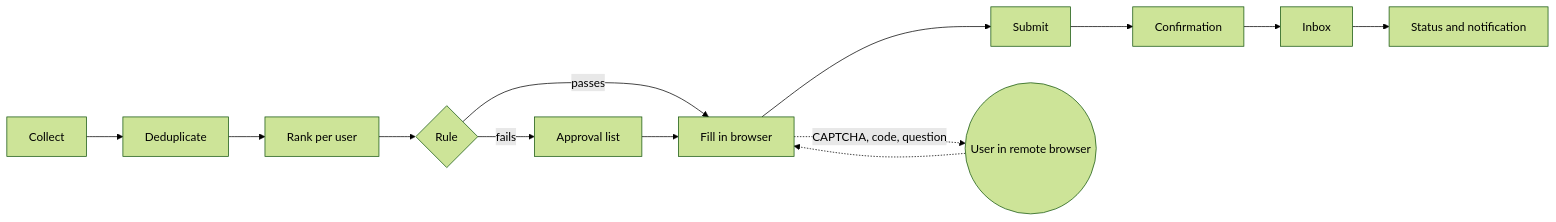
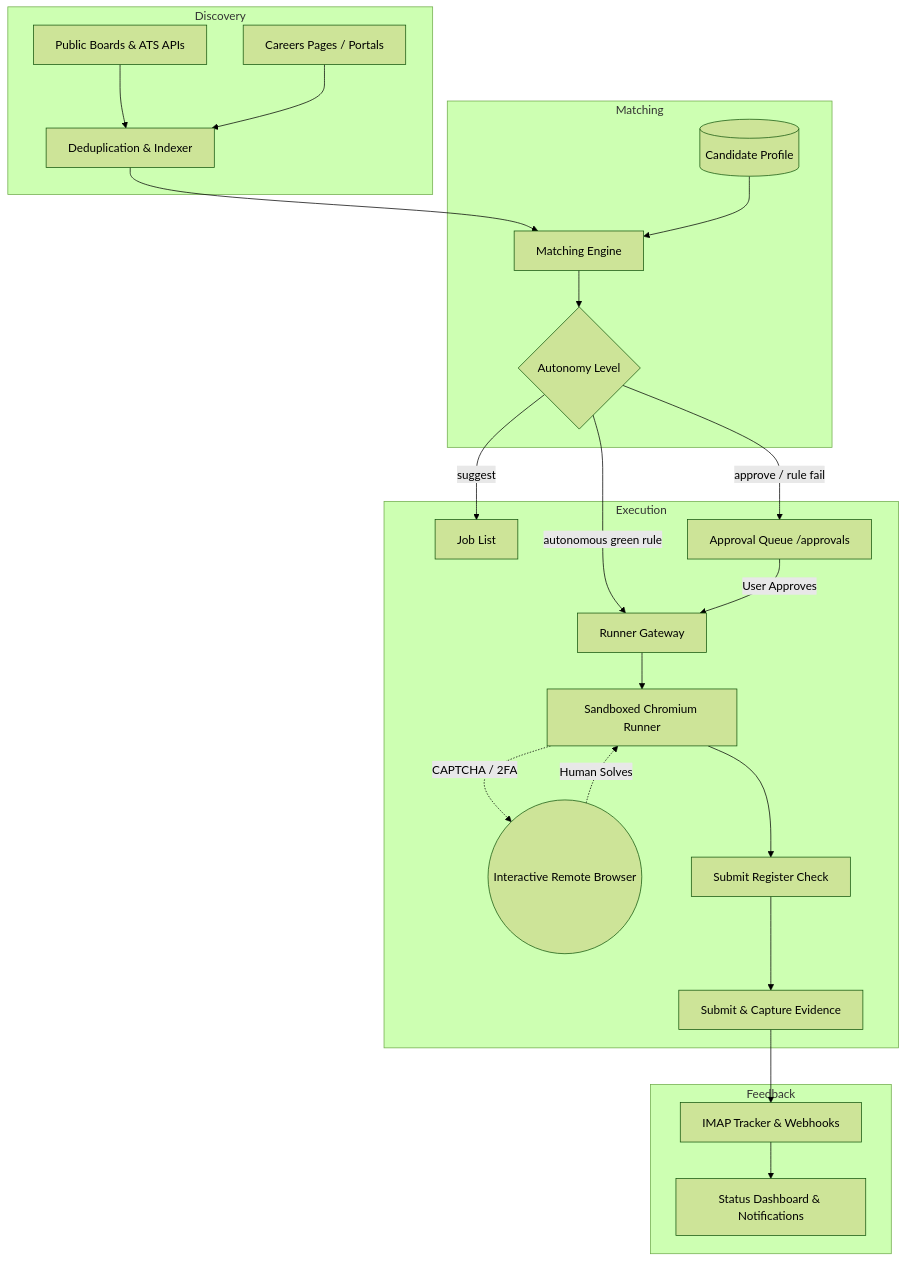
One commit to 1xxn/getafjob changed the first of 2 diagrams in README.md. Above: the diagram before and after it, drawn with Mermaid (forest theme). The commit also changed other lines of this file and 5 other files, not shown here.

First line of the commit message:
docs: refresh README with features, architecture and UI screenshots

````diff
--- a/README.md
+++ b/README.md
@@ -45,7 +108,30 @@
 ```mermaid
-flowchart LR
-  A[Collect] --> B[Deduplicate] --> C[Rank per user] --> D{Rule}
-  D -- passes --> E[Fill in browser] --> F[Submit] --> G[Confirmation] --> H[Inbox] --> I[Status and notification]
-  D -- fails --> J[Approval list] --> E
-  E -. CAPTCHA, code, question .-> K((User in remote browser)) -.-> E
+flowchart TD
+  subgraph Discovery
+    A[Public Boards & ATS APIs] --> C[Deduplication & Indexer]
+    B[Careers Pages / Portals] --> C
+  end
+
+  subgraph Matching
+    C --> D[Matching Engine]
+    P[(Candidate Profile)] --> D
+    D --> E{Autonomy Level}
+  end
+
+  subgraph Execution
+    E -- suggest --> F[Job List]
+    E -- approve / rule fail --> G[Approval Queue /approvals]
+    E -- autonomous green rule --> H[Runner Gateway]
+    G -- User Approves --> H
+    H --> I[Sandboxed Chromium Runner]
+    I -. CAPTCHA / 2FA .-> J((Interactive Remote Browser))
+    J -. Human Solves .-> I
+    I --> K[Submit Register Check]
+    K --> L[Submit & Capture Evidence]
+  end
+
+  subgraph Feedback
+    L --> M[IMAP Tracker & Webhooks]
+    M --> N[Status Dashboard & Notifications]
+  end
 ```
````
